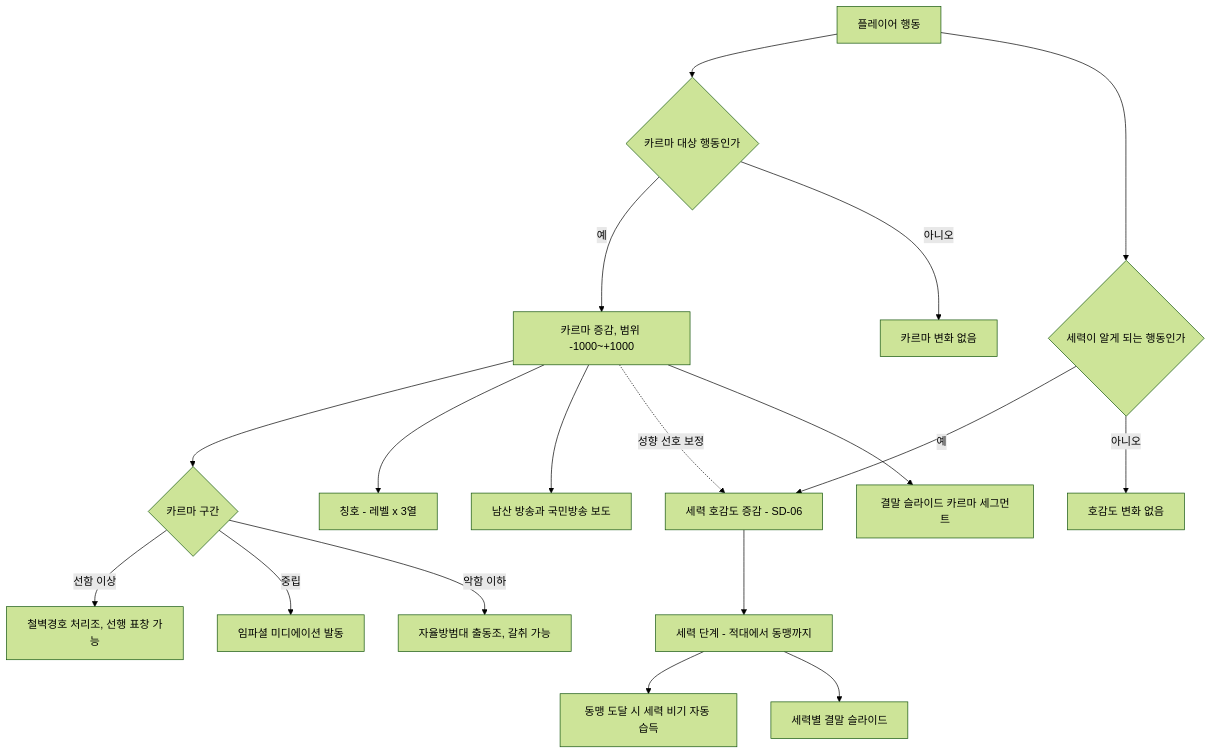
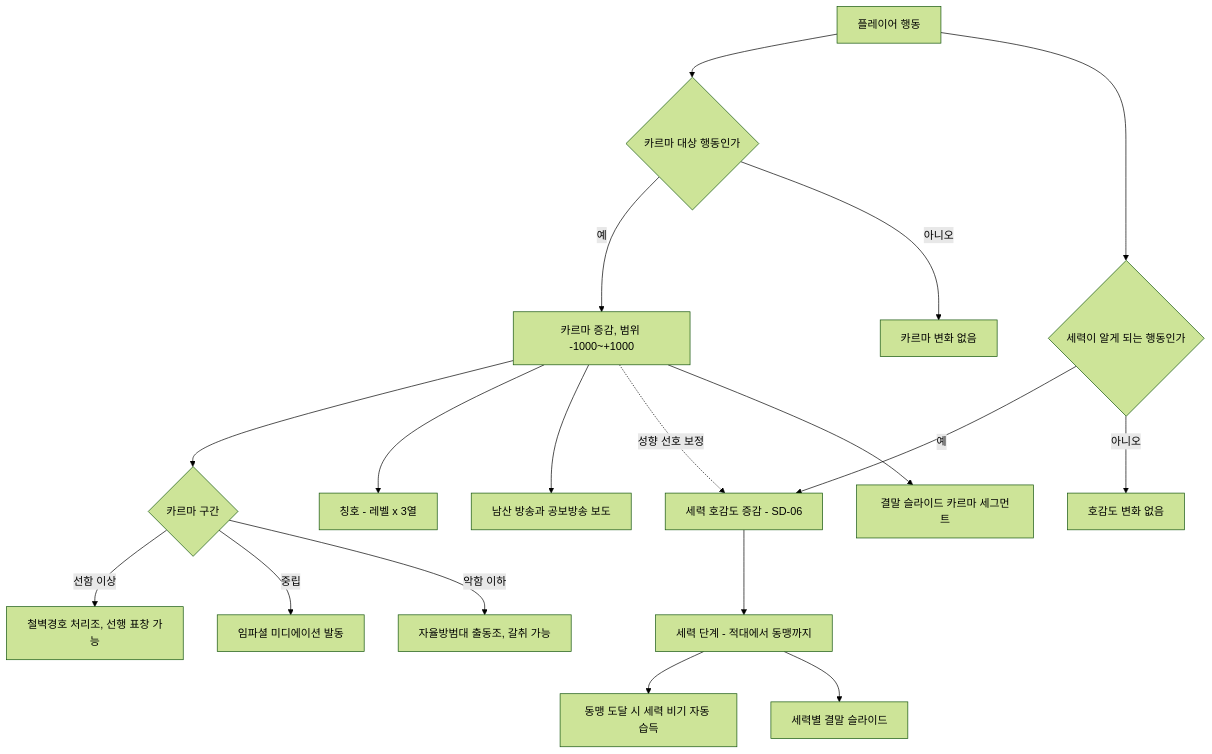
Before and after one commit to forsurvive/003: the third of 4 diagrams in docs/seoul-fallout/10_character-system.md, drawn with Mermaid (forest theme). The commit also changed other lines of this file and 3 other files, not shown here.

````diff
--- a/docs/seoul-fallout/10_character-system.md
+++ b/docs/seoul-fallout/10_character-system.md
@@ -1103,20 +1044,20 @@
 ```mermaid
 flowchart TD
     A["플레이어 행동"] --> B{"카르마 대상 행동인가"}
     A --> C{"세력이 알게 되는 행동인가"}
     B -->|"예"| D["카르마 증감, 범위 -1000~+1000"]
     B -->|"아니오"| X["카르마 변화 없음"]
     C -->|"예"| E["세력 호감도 증감 - SD-06"]
     C -->|"아니오"| Y["호감도 변화 없음"]
     D --> F{"카르마 구간"}
     F -->|"선함 이상"| G["철벽경호 처리조, 선행 표창 가능"]
     F -->|"중립"| H["임파셜 미디에이션 발동"]
     F -->|"악함 이하"| I["자율방범대 출동조, 갈취 가능"]
     D --> J["칭호 - 레벨 x 3열"]
-    D --> K["남산 방송과 국민방송 보도"]
+    D --> K["남산 방송과 공보방송 보도"]
     D -.->|"성향 선호 보정"| E
     E --> L["세력 단계 - 적대에서 동맹까지"]
     L --> M["동맹 도달 시 세력 비기 자동 습득"]
     D --> N["결말 슬라이드 카르마 세그먼트"]
     L --> O["세력별 결말 슬라이드"]
 ```
````
